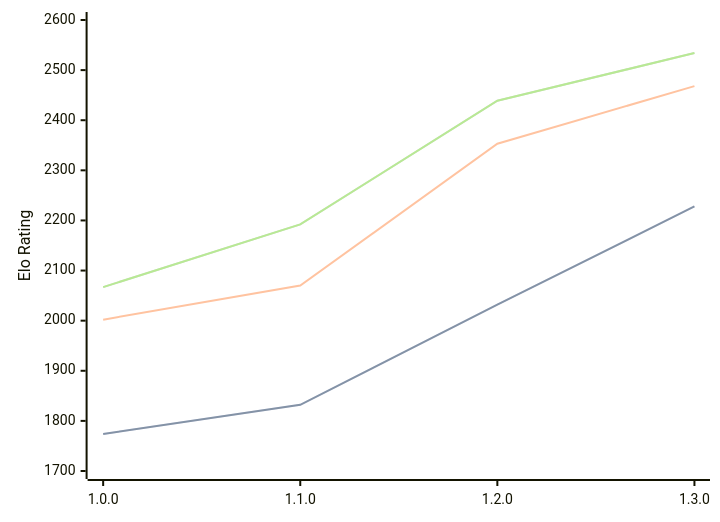
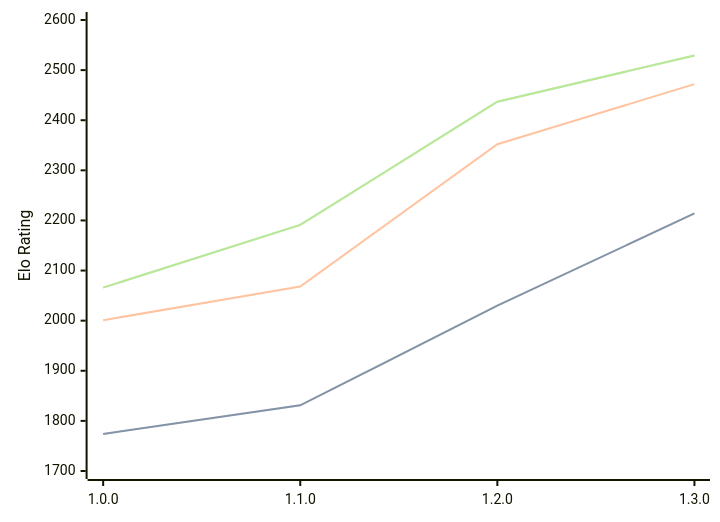
One commit to computer-chess-index/cci changed the diagram in engines/Anodos.md. Above: the diagram before and after it, drawn with Mermaid. The commit also changed other lines of this file, not shown here.

Commit message:
Update CCI Ratings (ELO VLTC) - 2026-03-12

````diff
--- a/engines/Anodos.md
+++ b/engines/Anodos.md
@@ -43,11 +43,11 @@
 ```mermaid
 %%{init: {"theme":"base","themeVariables":{"seriesColors:['#a3a3a3','#222221','#faa371']}}}%%
 xychart-beta
   x-axis ["1.0.0", "1.1.0", "1.2.0", "1.3.0"]
   y-axis "Elo Rating" 1700 --> 2600
-  line "STC (8.0+0.08s)" [1774, 1832, 2032, 2228]
-  line "STC (8.0+0.08s)" [1774, 1832, 2032, 2228]
-  line "LTC (60.0+0.60s)" [2002, 2070, 2353, 2468]
-  line "VLTC (2m24s+1.12s)" [2067, 2192, 2439, 2534]
-  line "VLTC (2m24s+1.12s)" [2067, 2192, 2439, 2534]
+  line "STC (8.0+0.08s)" [1774, 1831, 2030, 2214]
+  line "STC (8.0+0.08s)" [1774, 1831, 2030, 2214]
+  line "LTC (60.0+0.60s)" [2001, 2068, 2352, 2472]
+  line "VLTC (2m24s+1.12s)" [2066, 2191, 2437, 2529]
+  line "VLTC (2m24s+1.12s)" [2066, 2191, 2437, 2529]
 ```
````
